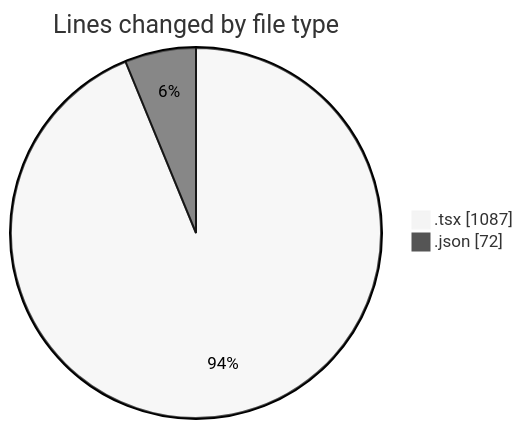
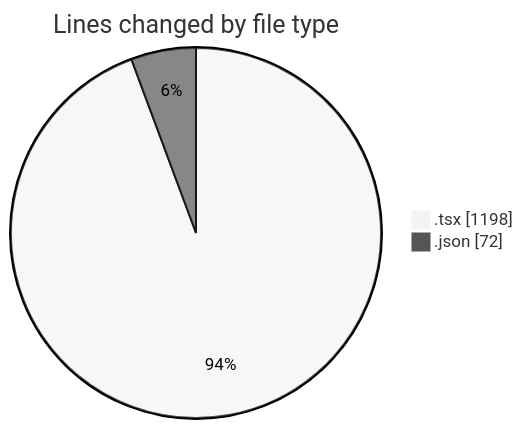
One commit to momahboobian/code-tracking changed the first of 2 diagrams in 2026-11-11/cda/README.md. Above: the diagram before and after it, drawn with Mermaid (neutral theme). The commit also changed other lines of this file and 1 other file, not shown here.

````diff
--- a/2026-11-11/cda/README.md
+++ b/2026-11-11/cda/README.md
@@ -24,6 +25,6 @@
 ```mermaid
 pie showData
 title Lines changed by file type
-".tsx" : 1087
+".tsx" : 1198
 ".json" : 72
 ```
````
